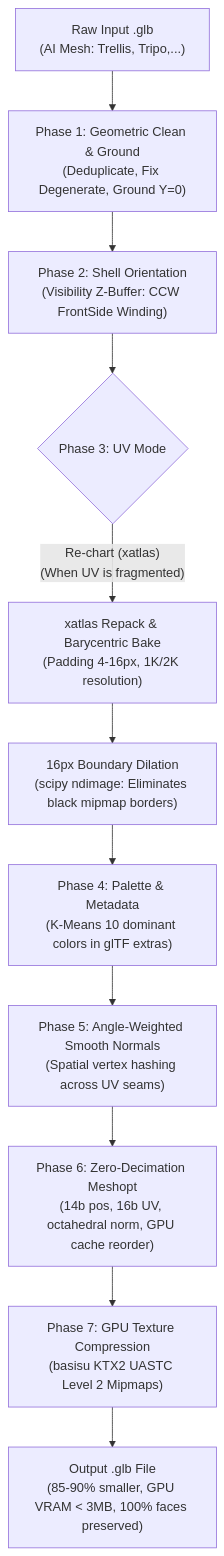
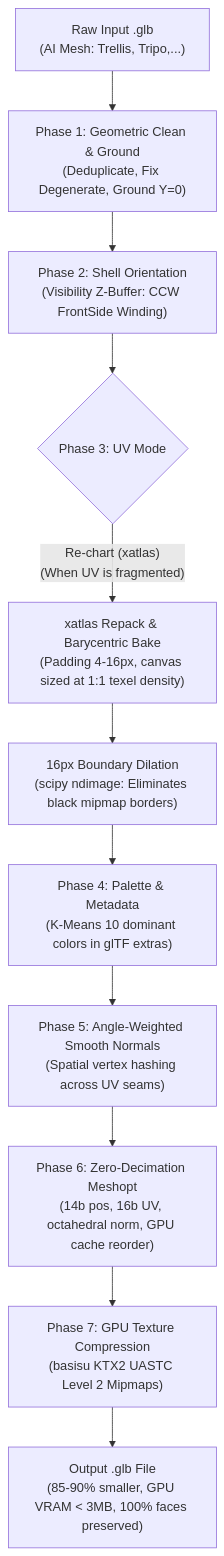
The diagram in README.md (braitoli/poc-optimize-3d-model), drawn with Mermaid before and after one commit. The commit also changed other lines of this file and 23 other files, not shown here.

````diff
--- a/README.md
+++ b/README.md
@@ -17,13 +17,13 @@
 ```mermaid
 flowchart TD
     A["Raw Input .glb<br/>(AI Mesh: Trellis, Tripo,...)"] --> B["Phase 1: Geometric Clean & Ground<br/>(Deduplicate, Fix Degenerate, Ground Y=0)"]
     B --> C["Phase 2: Shell Orientation<br/>(Visibility Z-Buffer: CCW FrontSide Winding)"]
     C --> D{"Phase 3: UV Mode"}
-    D -- "Re-chart (xatlas)<br/>(When UV is fragmented)" --> E["xatlas Repack & Barycentric Bake<br/>(Padding 4-16px, 1K/2K resolution)"]
+    D -- "Re-chart (xatlas)<br/>(When UV is fragmented)" --> E["xatlas Repack & Barycentric Bake<br/>(Padding 4-16px, canvas sized at 1:1 texel density)"]
     E --> G["16px Boundary Dilation<br/>(scipy ndimage: Eliminates black mipmap borders)"]
     G --> H["Phase 4: Palette & Metadata<br/>(K-Means 10 dominant colors in glTF extras)"]
     H --> I["Phase 5: Angle-Weighted Smooth Normals<br/>(Spatial vertex hashing across UV seams)"]
     I --> J["Phase 6: Zero-Decimation Meshopt<br/>(14b pos, 16b UV, octahedral norm, GPU cache reorder)"]
     J --> K["Phase 7: GPU Texture Compression<br/>(basisu KTX2 UASTC Level 2 Mipmaps)"]
     K --> L["Output .glb File<br/>(85-90% smaller, GPU VRAM &lt; 3MB, 100% faces preserved)"]
 ```
````
